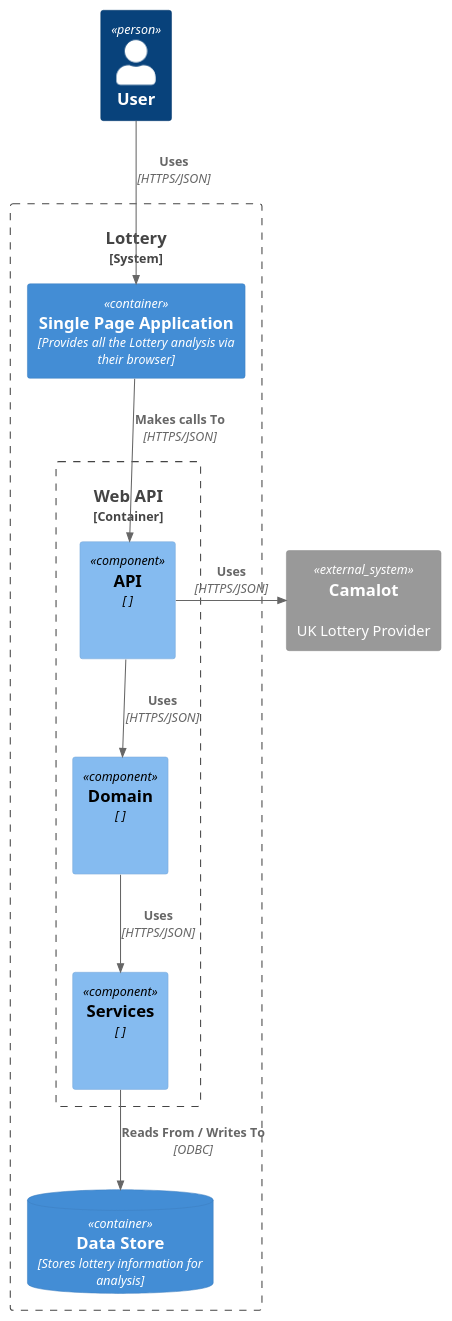
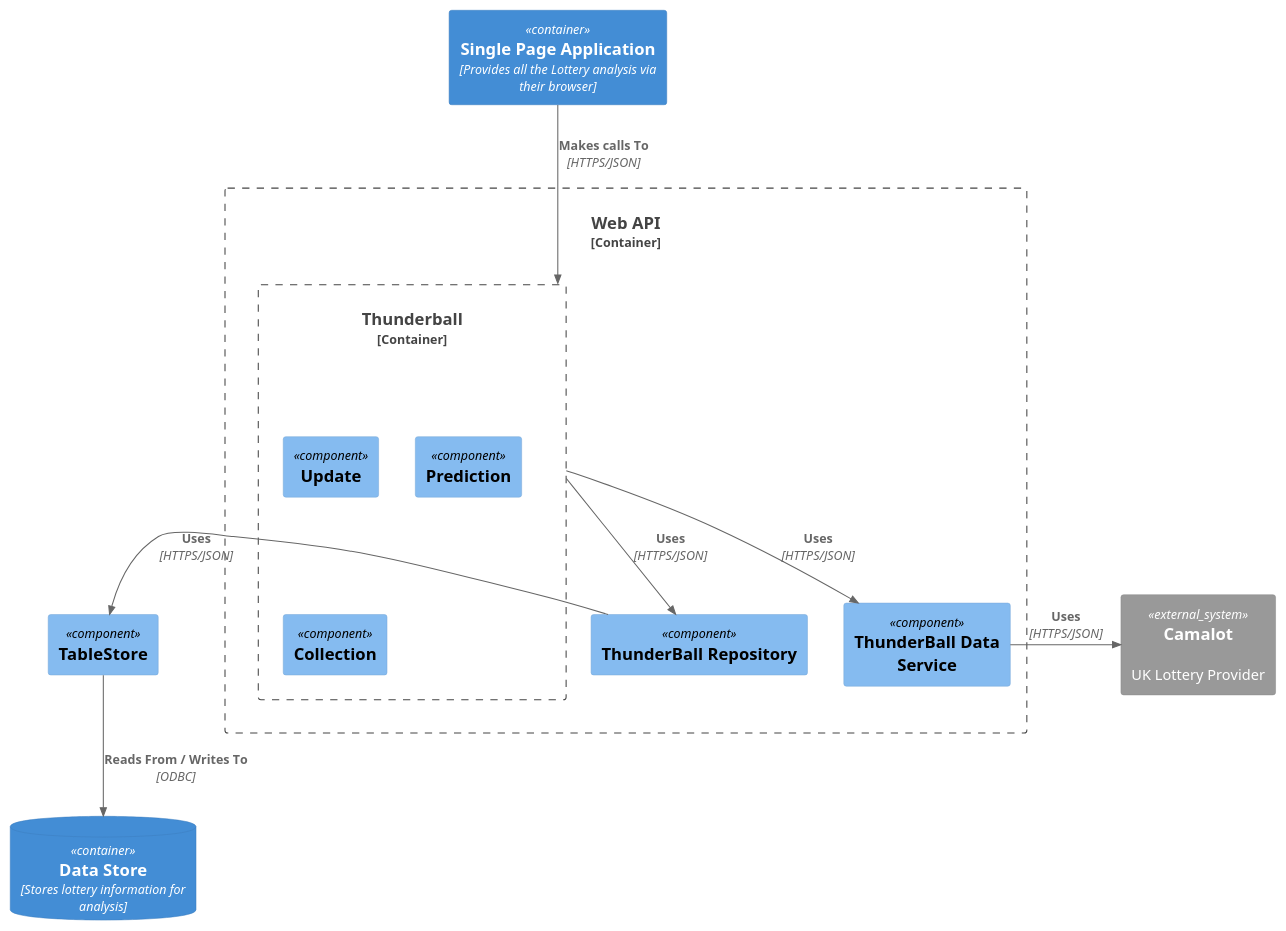
One commit to Kf-GaryNewport/Kf-GaryNewport.github.io changed the diagram in assets/Lottery/LotteryAPI-Component.puml. Above: the diagram before and after it, drawn with PlantUML. The commit also changed 2 other files, not shown here.

```diff
--- a/assets/Lottery/LotteryAPI-Component.puml
+++ b/assets/Lottery/LotteryAPI-Component.puml
@@ -1,33 +1,35 @@
 @startuml FMLottery
 !includeurl https://raw.githubusercontent.com/RicardoNiepel/C4-PlantUML/release/1-0/C4_Component.puml
 
 'Person, Person_Ext, System, System_Ext, SystemDb, 
 'SystemDb_Ext, Boundary, System_Boundary, Enterprise_Boundary
 'Container, ContainerDb, Container_Boundary
 'Component, ComponentDb
 
-Person(User, "User")
+Container(SPA, "Single Page Application", "Provides all the Lottery analysis via their browser")
 
-System_Boundary(Lottery, "Lottery") {
-    Container(SPA, "Single Page Application", "Provides all the Lottery analysis via their browser")
-    
-    Container_Boundary(WebAPI, "Web API") {
-        Component(API, "API"," "," ")
-        Component(Domain, "Domain"," "," ")
-        Component(Services, "Services"," "," ")
+Container_Boundary(WebAPI, "Web API") {
 
-        Rel(API, Domain, "Uses", "HTTPS/JSON")
-        Rel(Domain, Services, "Uses", "HTTPS/JSON")
-
-    }
-    ContainerDb(LotteryDb, "Data Store", "Stores lottery information for analysis")
-    
-    Rel(SPA, API, "Makes calls To", "HTTPS/JSON")
-    Rel(Services, LotteryDb, "Reads From / Writes To", "ODBC")  
+Container_Boundary( ThunderBall, "Thunderball") {
+    Component( TBU, "Update","","")
+    Component( TBP, "Prediction","","")
+    Component( TBC, "Collection","","")
 }
 
+    Component( TTS, "ThunderBall Repository","","")
+    Component( TDS, "ThunderBall Data Service","","")
+'    Component( ThunderBall, "ThunderBall","Handles requests for thunderball information","")
+}
+
+Component( TableStore, "TableStore","","")
+ContainerDb(LotteryDb, "Data Store", "Stores lottery information for analysis")
 System_Ext(Camalot,"Camalot","UK Lottery Provider")
 
-Rel(User, SPA, "Uses", "HTTPS/JSON")
-Rel_R(API, Camalot, "Uses", "HTTPS/JSON")  
+    Rel(SPA, ThunderBall, "Makes calls To", "HTTPS/JSON")
+    Rel(ThunderBall, TTS, "Uses", "HTTPS/JSON")
+    Rel(ThunderBall, TDS, "Uses", "HTTPS/JSON")
+
+    Rel(TableStore, LotteryDb, "Reads From / Writes To", "ODBC")  
+    Rel_L(TTS, TableStore, "Uses", "HTTPS/JSON")  
+    Rel_R(TDS, Camalot, "Uses", "HTTPS/JSON")  
 @enduml
```
